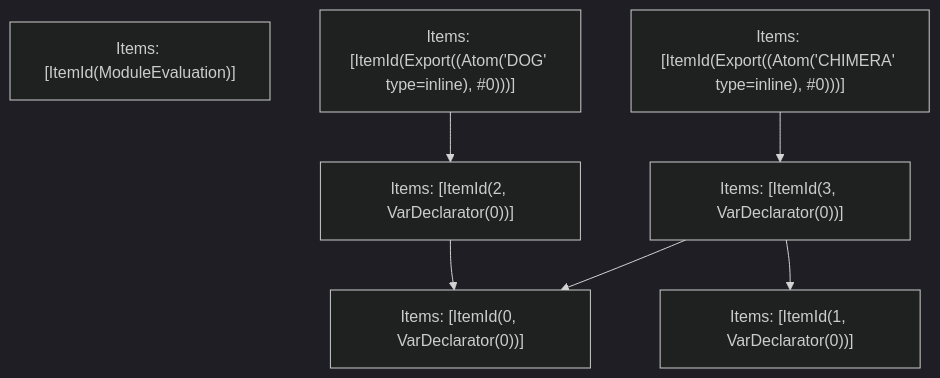
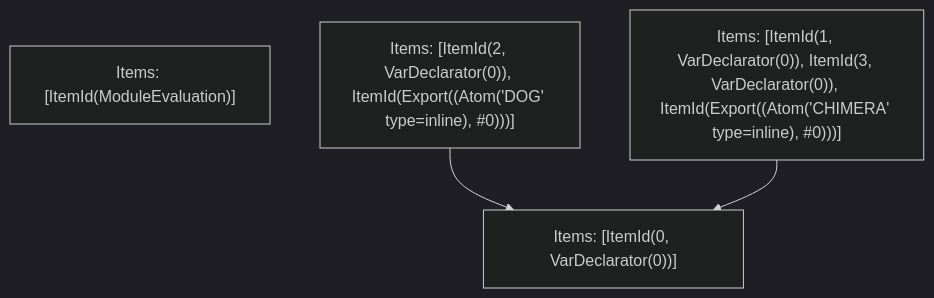
One commit to vercel/turborepo changed the fifth of 5 diagrams in crates/turbopack-ecmascript/tests/tree-shaker/analyzer/simple/output.md. Above: the diagram before and after it, drawn with Mermaid (dark theme). The commit also changed other lines of this file and 3 other files, not shown here.

````diff
--- a/crates/turbopack-ecmascript/tests/tree-shaker/analyzer/simple/output.md
+++ b/crates/turbopack-ecmascript/tests/tree-shaker/analyzer/simple/output.md
@@ -120,15 +120,9 @@
 ```mermaid
 graph TD
     N0["Items: [ItemId(ModuleEvaluation)]"];
-    N1["Items: [ItemId(Export((Atom('DOG' type=inline), #0)))]"];
-    N2["Items: [ItemId(Export((Atom('CHIMERA' type=inline), #0)))]"];
+    N1["Items: [ItemId(2, VarDeclarator(0)), ItemId(Export((Atom('DOG' type=inline), #0)))]"];
+    N2["Items: [ItemId(1, VarDeclarator(0)), ItemId(3, VarDeclarator(0)), ItemId(Export((Atom('CHIMERA' type=inline), #0)))]"];
     N3["Items: [ItemId(0, VarDeclarator(0))]"];
-    N4["Items: [ItemId(2, VarDeclarator(0))]"];
-    N5["Items: [ItemId(3, VarDeclarator(0))]"];
-    N6["Items: [ItemId(1, VarDeclarator(0))]"];
-    N1 --> N4;
-    N2 --> N5;
-    N4 --> N3;
-    N5 --> N6;
-    N5 --> N3;
+    N1 --> N3;
+    N2 --> N3;
 ```
````
